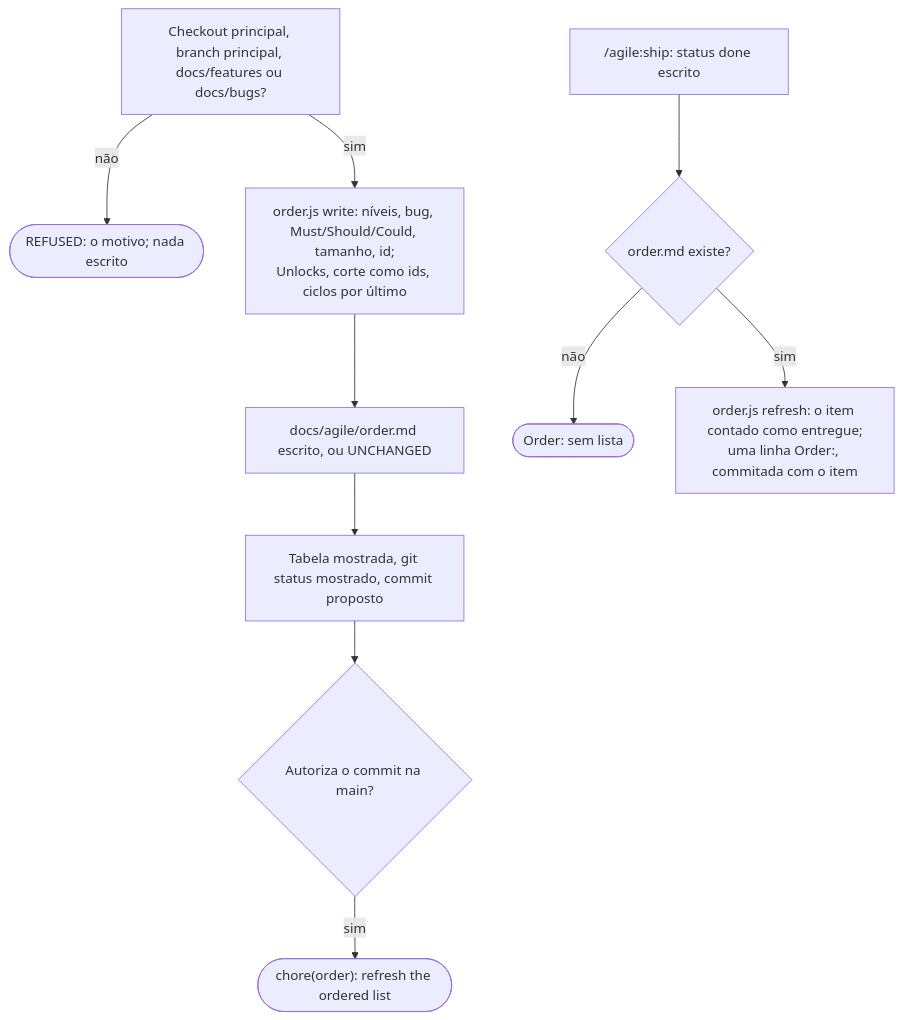
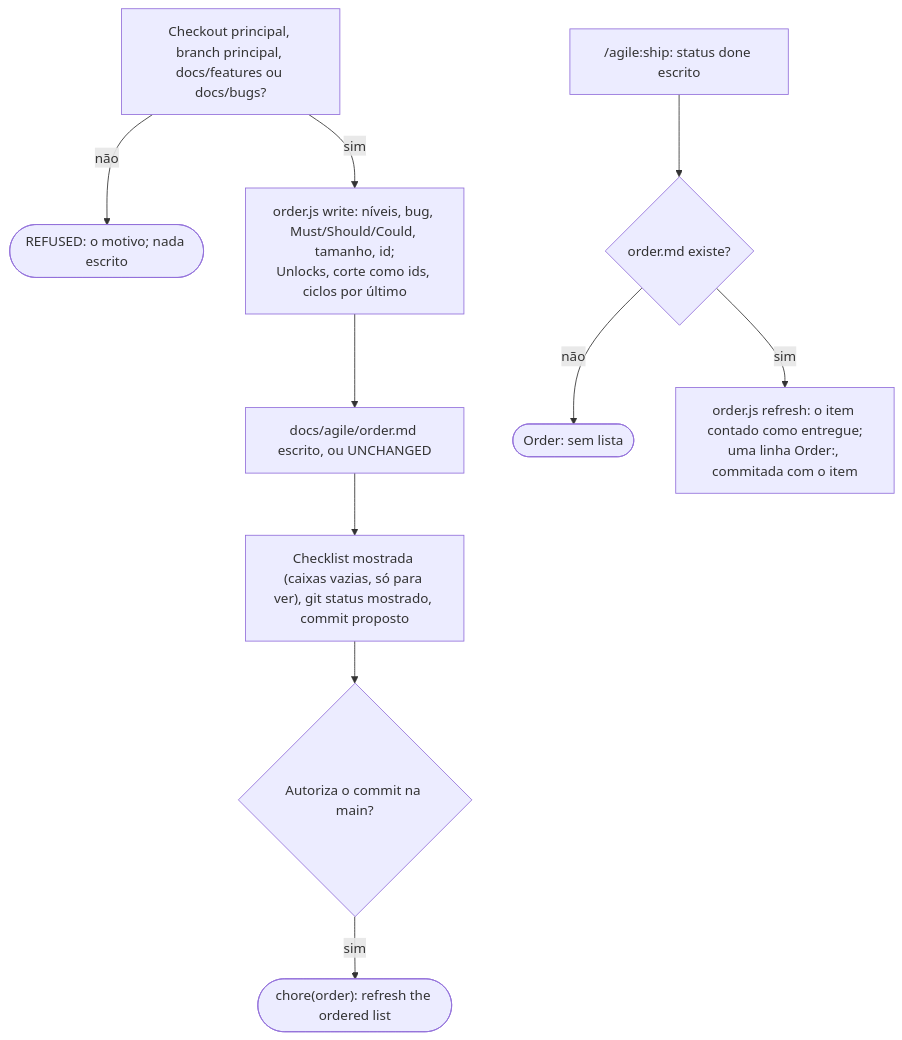
One commit to alexcanario/simulab changed diagram 19 of 23 in docs/agile/workflow.pt-BR.md. Above: the diagram before and after it, drawn with Mermaid. The commit also changed other lines of this file and 13 other files, not shown here.

````diff
--- a/docs/agile/workflow.pt-BR.md
+++ b/docs/agile/workflow.pt-BR.md
@@ -1056,12 +1066,12 @@
 ```mermaid
 flowchart TD
     A["Checkout principal, branch principal, docs/features ou docs/bugs?"] -->|não| A1(["REFUSED: o motivo; nada escrito"])
     A -->|sim| B["order.js write: níveis, bug, Must/Should/Could, tamanho, id;<br/>Unlocks, corte como ids, ciclos por último"]
     B --> C["docs/agile/order.md escrito, ou UNCHANGED"]
-    C --> D["Tabela mostrada, git status mostrado, commit proposto"]
+    C --> D["Checklist mostrada (caixas vazias, só para ver), git status mostrado, commit proposto"]
     D --> E{"Autoriza o commit na main?"}
     E -->|sim| F(["chore(order): refresh the ordered list"])
     G["/agile:ship: status done escrito"] --> H{"order.md existe?"}
     H -->|não| H1(["Order: sem lista"])
     H -->|sim| I["order.js refresh: o item contado como entregue;<br/>uma linha Order:, commitada com o item"]
 ```
````
